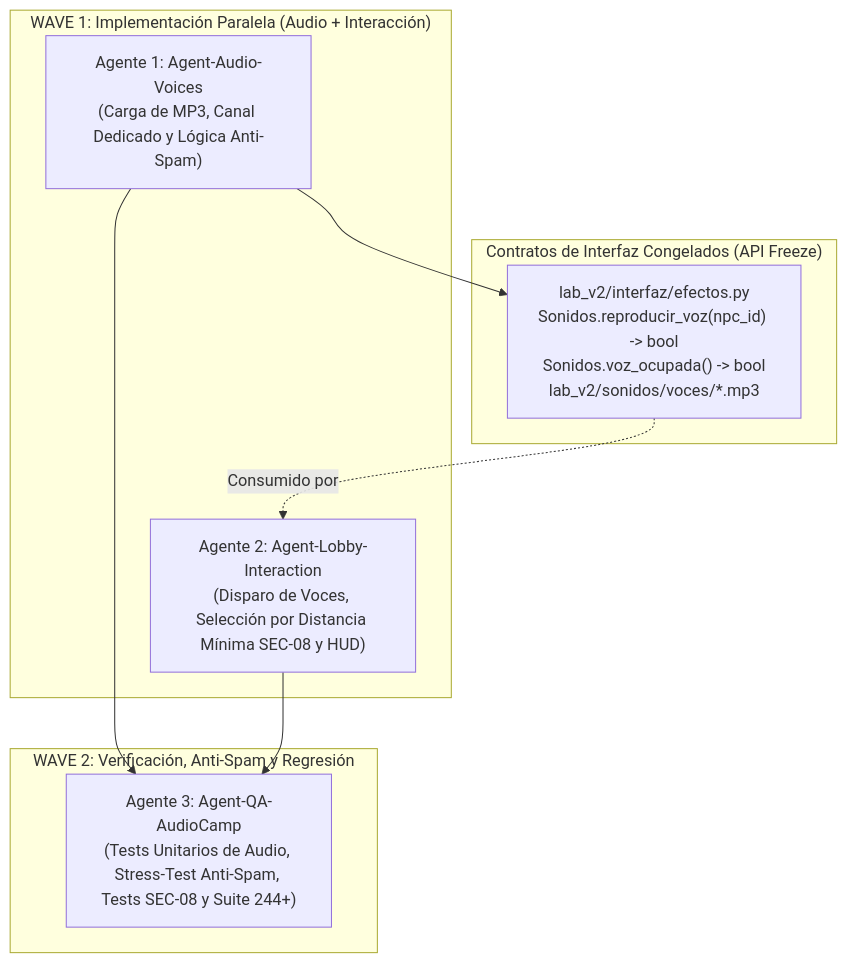
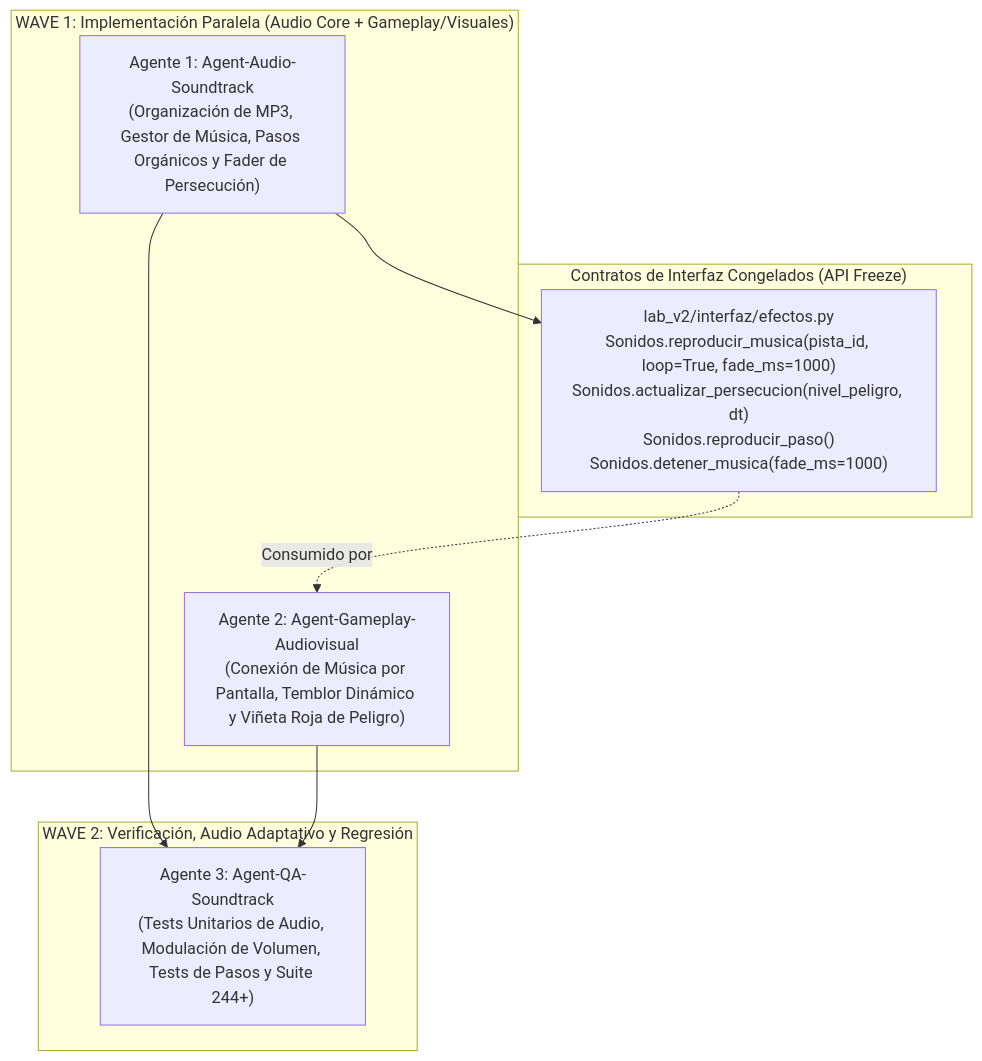
Before and after one commit to Montoyaescobar/Un-juego-sobre-un-laberinto: the diagram in TASKS.md, drawn with Mermaid. The commit also changed other lines of this file and 10 other files, not shown here.

````diff
--- a/TASKS.md
+++ b/TASKS.md
@@ -34,20 +44,20 @@
 ```mermaid
 graph TD
-    subgraph "WAVE 1: Implementación Paralela (Audio + Interacción)"
-        A1["Agente 1: Agent-Audio-Voices<br/>(Carga de MP3, Canal Dedicado y Lógica Anti-Spam)"]
-        A2["Agente 2: Agent-Lobby-Interaction<br/>(Disparo de Voces, Selección por Distancia Mínima SEC-08 y HUD)"]
+    subgraph "WAVE 1: Implementación Paralela (Audio Core + Gameplay/Visuales)"
+        A1["Agente 1: Agent-Audio-Soundtrack<br/>(Organización de MP3, Gestor de Música, Pasos Orgánicos y Fader de Persecución)"]
+        A2["Agente 2: Agent-Gameplay-Audiovisual<br/>(Conexión de Música por Pantalla, Temblor Dinámico y Viñeta Roja de Peligro)"]
     end
 
     subgraph "Contratos de Interfaz Congelados (API Freeze)"
-        C1["lab_v2/interfaz/efectos.py<br/>Sonidos.reproducir_voz(npc_id) -> bool<br/>Sonidos.voz_ocupada() -> bool<br/>lab_v2/sonidos/voces/*.mp3"]
+        C1["lab_v2/interfaz/efectos.py<br/>Sonidos.reproducir_musica(pista_id, loop=True, fade_ms=1000)<br/>Sonidos.actualizar_persecucion(nivel_peligro, dt)<br/>Sonidos.reproducir_paso()<br/>Sonidos.detener_musica(fade_ms=1000)"]
     end
 
-    subgraph "WAVE 2: Verificación, Anti-Spam y Regresión"
-        A3["Agente 3: Agent-QA-AudioCamp<br/>(Tests Unitarios de Audio, Stress-Test Anti-Spam, Tests SEC-08 y Suite 244+)"]
+    subgraph "WAVE 2: Verificación, Audio Adaptativo y Regresión"
+        A3["Agente 3: Agent-QA-Soundtrack<br/>(Tests Unitarios de Audio, Modulación de Volumen, Tests de Pasos y Suite 244+)"]
     end
 
     A1 --> C1
     C1 -. Consumido por .-> A2
     A1 --> A3
     A2 --> A3
 ```
````
